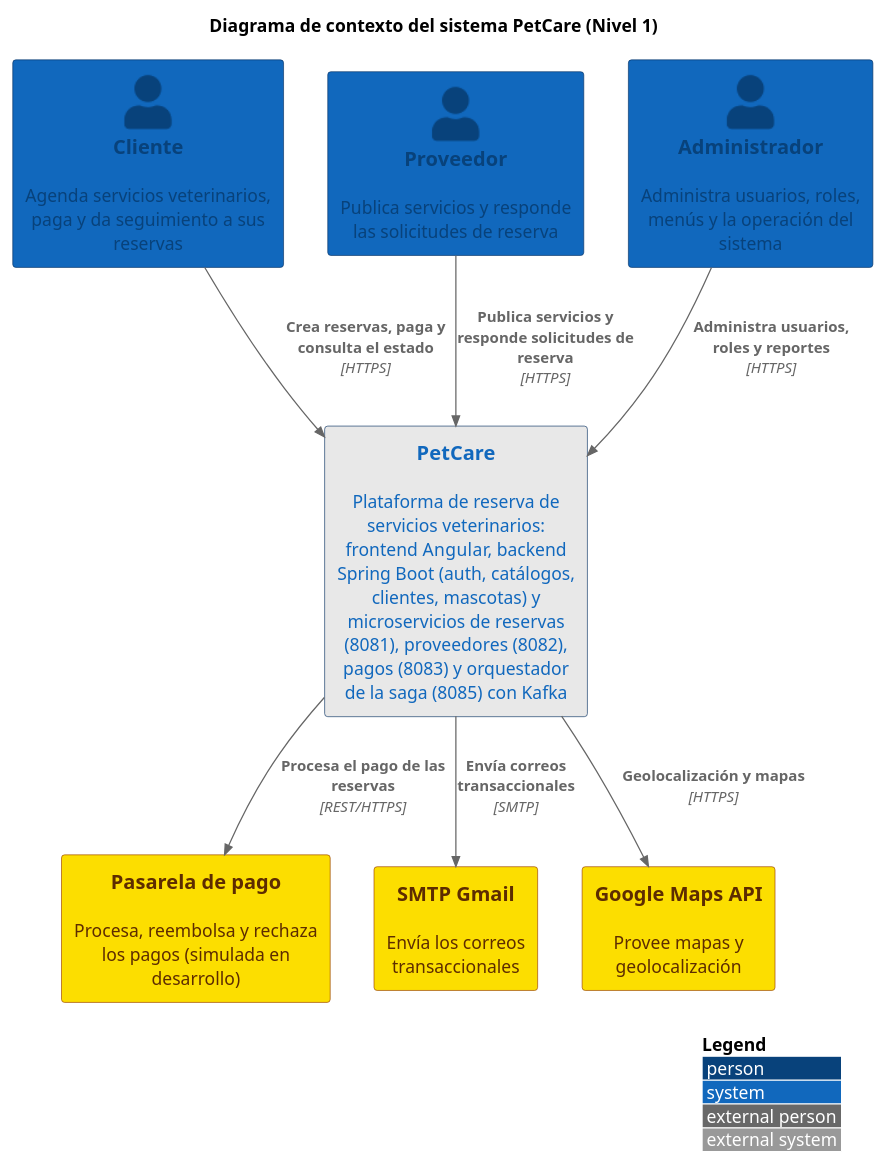
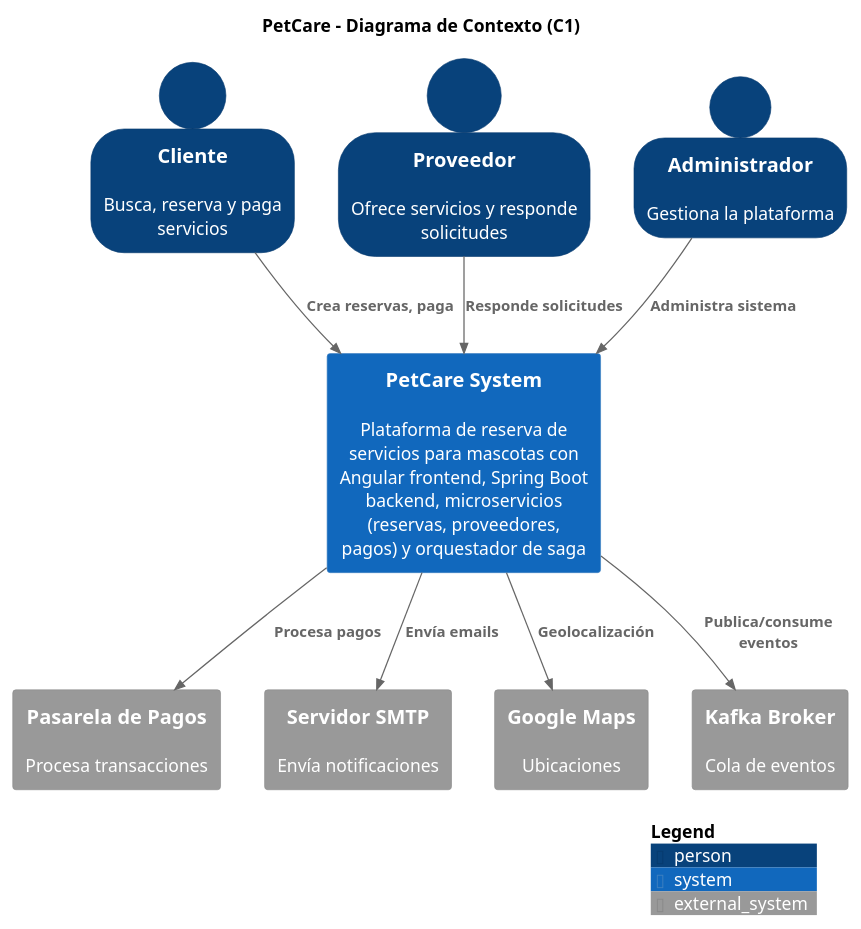
Before and after one commit to rolyjuarez/PetCare: the diagram in diagramas/1-contexto.puml, drawn with PlantUML. The commit also changed 15 other files, not shown here.

Commit message:
Diagramas c4  CQRS

```diff
--- a/diagramas/1-contexto.puml
+++ b/diagramas/1-contexto.puml
@@ -1,50 +1,29 @@
-@startuml
-!includeurl https://raw.githubusercontent.com/plantuml-stdlib/C4-PlantUML/master/C4_Context.puml
+@startuml contexto
+!include https://raw.githubusercontent.com/plantuml-stdlib/C4-PlantUML/master/C4_Context.puml
 
-' ============================================================================
-' PETCare - Diagrama de contexto (C4 Nivel 1)
-' ============================================================================
+SHOW_PERSON_OUTLINE()
 
-title Diagrama de contexto del sistema PetCare (Nivel 1)
+title PetCare - Diagrama de Contexto (C1)
 
-' ---------------------------------------------------------------------------
-' Estilos
-' ---------------------------------------------------------------------------
-UpdateElementStyle(person, $fontColor="#08427B", $borderColor="#052F61", $bgColor="#1168BD")
-UpdateElementStyle(system, $fontColor="#1168BD", $borderColor="#052F61", $bgColor="#E8E8E8")
-UpdateElementStyle(external_system, $fontColor="#5D2C00", $borderColor="#963B00", $bgColor="#FCDE00")
+Person(cliente, "Cliente", "Busca, reserva y paga servicios")
+Person(proveedor, "Proveedor", "Ofrece servicios y responde solicitudes")
+Person(admin, "Administrador", "Gestiona la plataforma")
 
-' ---------------------------------------------------------------------------
-' Personas
-' ---------------------------------------------------------------------------
-Person(cliente, "Cliente", "Agenda servicios veterinarios, paga y da seguimiento a sus reservas")
-Person(proveedor, "Proveedor", "Publica servicios y responde las solicitudes de reserva")
-Person(admin, "Administrador", "Administra usuarios, roles, menús y la operación del sistema")
+System(petcare, "PetCare System", "Plataforma de reserva de servicios para mascotas con Angular frontend, Spring Boot backend, microservicios (reservas, proveedores, pagos) y orquestador de saga")
 
-' ---------------------------------------------------------------------------
-' Sistema
-' ---------------------------------------------------------------------------
-System(petcare, "PetCare", "Plataforma de reserva de servicios veterinarios: frontend Angular, backend Spring Boot (auth, catálogos, clientes, mascotas) y microservicios de reservas (8081), proveedores (8082), pagos (8083) y orquestador de la saga (8085) con Kafka")
+System_Ext(pasarela, "Pasarela de Pagos", "Procesa transacciones")
+System_Ext(smtp, "Servidor SMTP", "Envía notificaciones")
+System_Ext(maps, "Google Maps", "Ubicaciones")
+System_Ext(kafka, "Kafka Broker", "Cola de eventos")
 
-' ---------------------------------------------------------------------------
-' Sistemas externos
-' ---------------------------------------------------------------------------
-System_Ext(pasarela, "Pasarela de pago", "Procesa, reembolsa y rechaza los pagos (simulada en desarrollo)")
-System_Ext(smtp, "SMTP Gmail", "Envía los correos transaccionales")
-System_Ext(maps, "Google Maps API", "Provee mapas y geolocalización")
+Rel(cliente, petcare, "Crea reservas, paga")
+Rel(proveedor, petcare, "Responde solicitudes")
+Rel(admin, petcare, "Administra sistema")
 
+Rel(petcare, pasarela, "Procesa pagos")
+Rel(petcare, smtp, "Envía emails")
+Rel(petcare, maps, "Geolocalización")
+Rel(petcare, kafka, "Publica/consume eventos")
 
-' ---------------------------------------------------------------------------
-' Relaciones
-' ---------------------------------------------------------------------------
-Rel(cliente, petcare, "Crea reservas, paga y consulta el estado", "HTTPS")
-Rel(proveedor, petcare, "Publica servicios y responde solicitudes de reserva", "HTTPS")
-Rel(admin, petcare, "Administra usuarios, roles y reportes", "HTTPS")
-
-Rel(petcare, pasarela, "Procesa el pago de las reservas", "REST/HTTPS")
-Rel(petcare, smtp, "Envía correos transaccionales", "SMTP")
-Rel(petcare, maps, "Geolocalización y mapas", "HTTPS")
-
-LAYOUT_WITH_LEGEND()
-
+SHOW_LEGEND()
 @enduml
```
